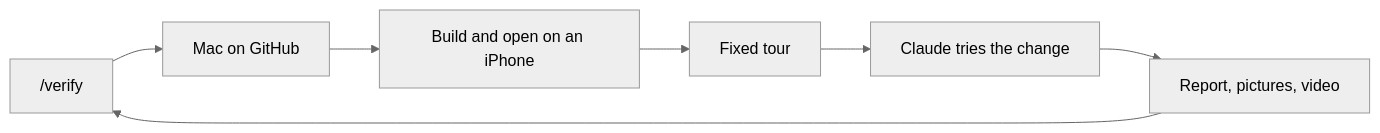
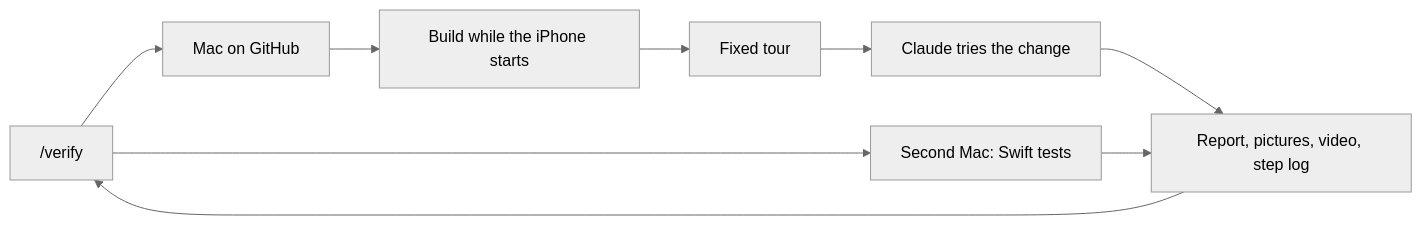
Before and after one commit to matthewwong525/RelayEverything: the diagram in wiki/development/device-check.md, drawn with Mermaid (neutral theme). The commit also changed other lines of this file and 30 other files, not shown here.

Commit message:
Faster phone checks: branch builds start with the tests, the iPhone check overlaps its slow parts, and Claude's missing verdict fails the check with a reason and a step log

````diff
--- a/wiki/development/device-check.md
+++ b/wiki/development/device-check.md
@@ -5,9 +5,11 @@
 ```mermaid
 flowchart LR
   V["/verify"] --> M[Mac on GitHub]
-  M --> B[Build and open on an iPhone]
+  M --> B[Build while the iPhone starts]
   B --> T[Fixed tour]
   T --> C[Claude tries the change]
-  C --> R[Report, pictures, video]
+  C --> R[Report, pictures, video, step log]
+  V --> S[Second Mac: Swift tests]
+  S --> R
   R --> V
 ```
````
